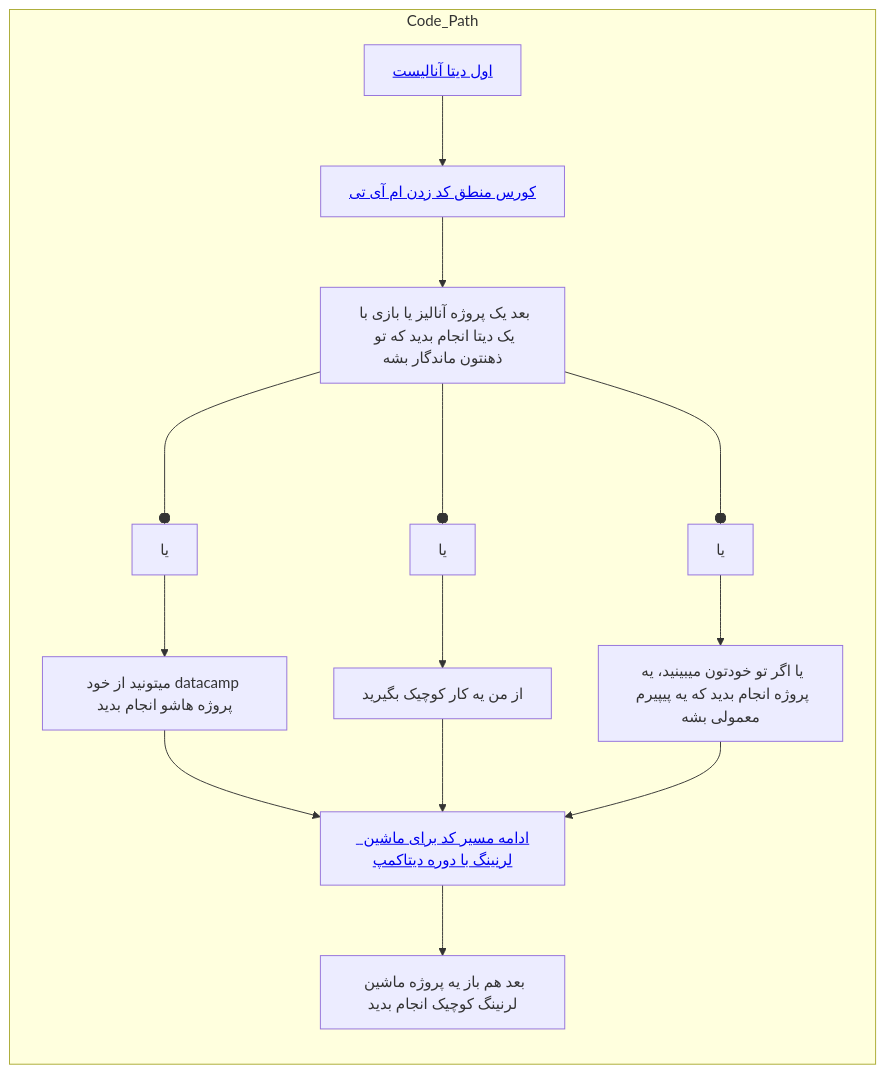
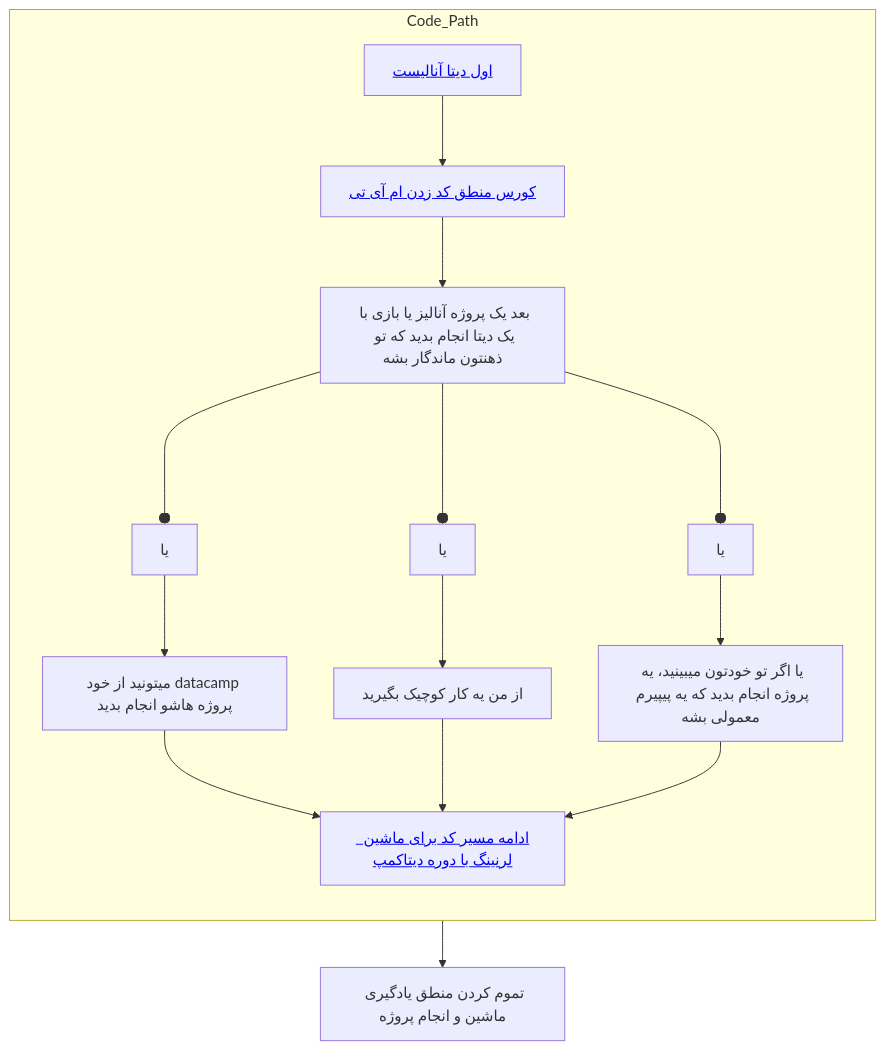
One commit to Sdamirsa/HappyTreeResearchFriends changed the second of 3 diagrams in AI_in_Med_Pathway_Farsi.md. Above: the diagram before and after it, drawn with Mermaid. The commit also changed other lines of this file, not shown here.

````diff
--- a/AI_in_Med_Pathway_Farsi.md
+++ b/AI_in_Med_Pathway_Farsi.md
@@ -18,21 +19,24 @@
 ```mermaid
-graph BT
+graph TD
     subgraph Code_Path
         direction TB
         DataAnalysis[<a href="https://www.datacamp.com/tracks/data-analyst-with-python">اول دیتا آنالیست</a>]
         LogicCourse[<a href="https://www.youtube.com/playlist?list=PLUl4u3cNGP63WbdFxL8giv4yhgdMGaZNA">کورس منطق کد زدن ام آی تی</a>]
         Projects[بعد یک پروژه آنالیز یا بازی با یک دیتا انجام بدید که تو ذهنتون ماندگار بشه]
         DataCampProjects[میتونید از خود datacamp پروژه هاشو انجام بدید]
         SmallTask[از من یه کار کوچیک بگیرید]
         OwnProject[یا اگر تو خودتون میبینید، یه پروژه انجام بدید که یه پیپیرم معمولی بشه]
         MLPath[<a href="https://www.datacamp.com/tracks/machine-learning-scientist-with-python"> ادامه مسیر کد برای ماشین لرنینگ با دوره دیتاکمپ</a>]
-        MLProject[بعد هم باز یه پروژه ماشین لرنینگ کوچیک انجام بدید]
 
         DataAnalysis --> LogicCourse
         LogicCourse --> Projects
         Projects ---or1[یا]--> DataCampProjects -->MLPath
         Projects ---or2[یا]--> SmallTask-->MLPath
         Projects ---or3[یا]--> OwnProject --> MLPath
-        MLPath --> MLProject
+        
     end
+
+    MLPath --> MLProject
+    MLProject[تموم کردن منطق یادگیری ماشین و انجام پروژه]
+
 ```
````
